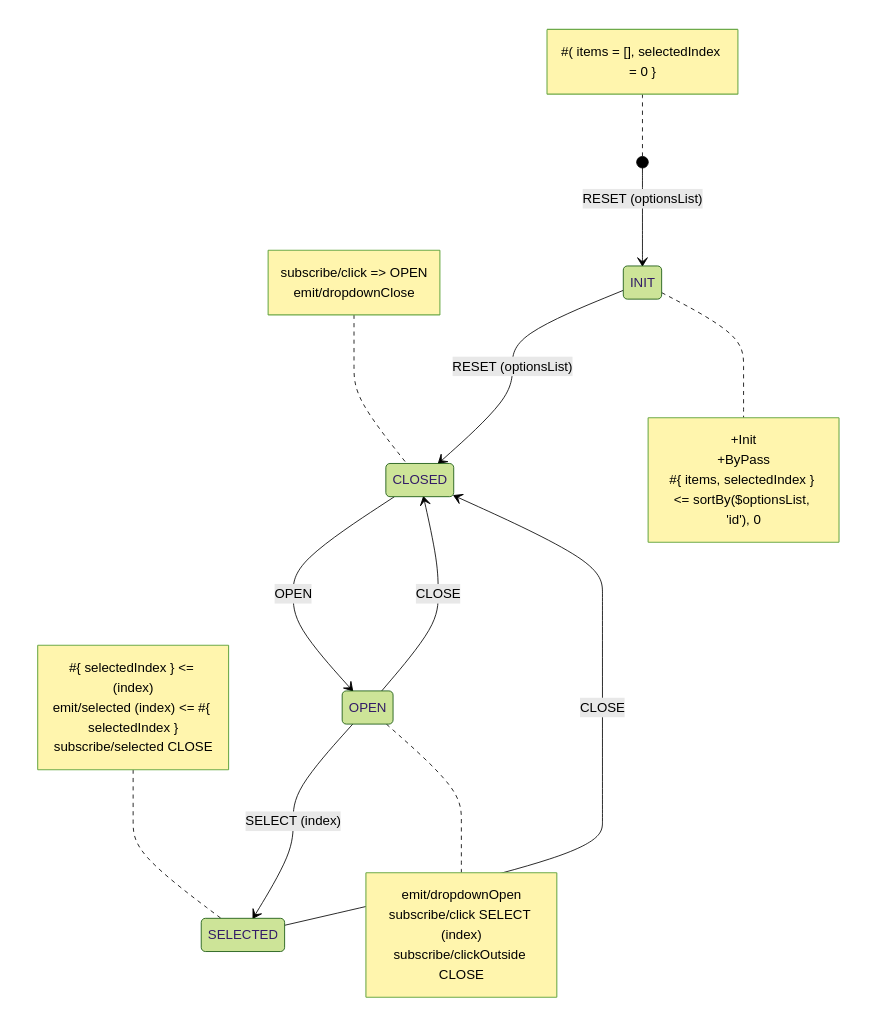
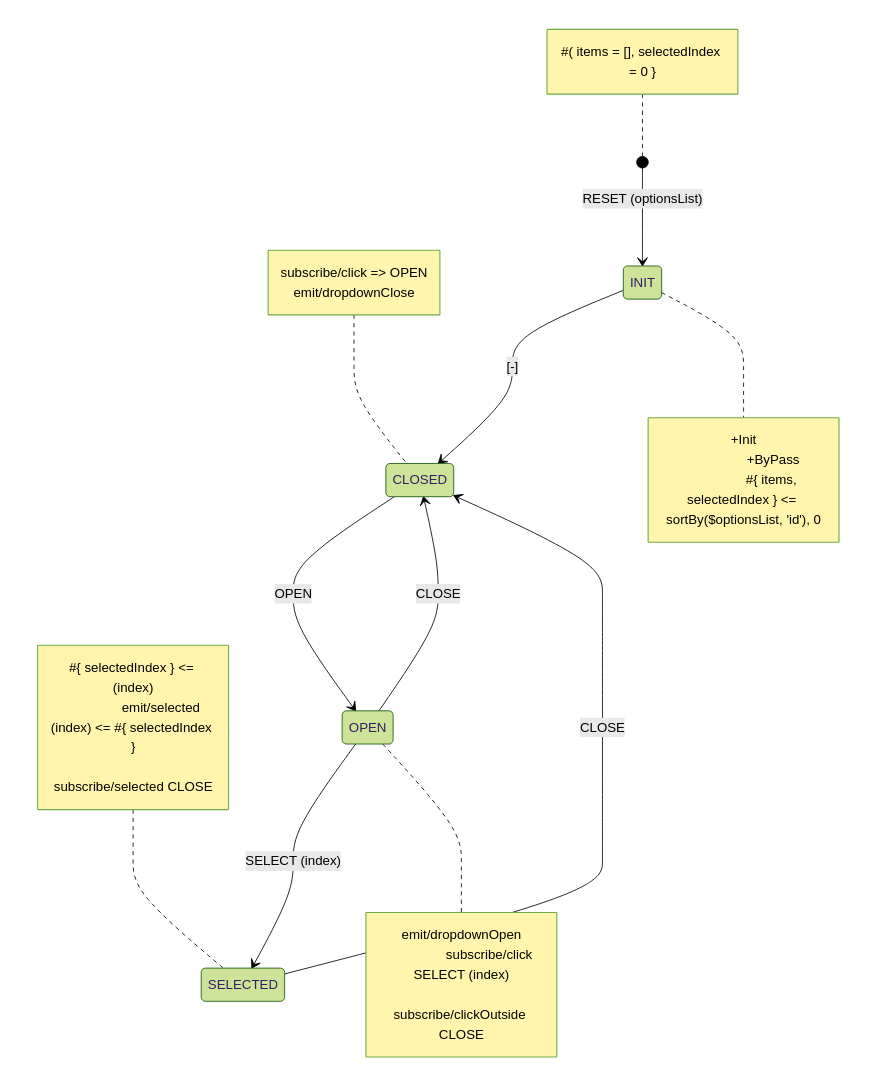
Diagram 12 of 12 in docs/index.md (tfcp68/yantrix), drawn with Mermaid (forest theme) before and after one commit. The commit also changed other lines of this file and 2 other files, not shown here.

````diff
--- a/docs/index.md
+++ b/docs/index.md
@@ -359,31 +377,31 @@
 ```mermaid
 stateDiagram-v2
 	[*] --> INIT: RESET (optionsList)
+	INIT --> CLOSED: [-]
+	CLOSED --> OPEN: OPEN
+	OPEN --> CLOSED: CLOSE
+	OPEN --> SELECTED: SELECT (index)
+	SELECTED --> CLOSED: CLOSE
+	note right of INIT
+		+Init
+		+ByPass
+		#{ items, selectedIndex } <= sortBy($optionsList, 'id'), 0
+	end note
+	note left of CLOSED
+		subscribe/click => OPEN
+		emit/dropdownClose
+	end note
+	note left of SELECTED
+		#{ selectedIndex } <= (index)
+		emit/selected (index) <= #{ selectedIndex }
+		subscribe/selected CLOSE
+	end note
+	note right of OPEN
+		emit/dropdownOpen
+		subscribe/click SELECT (index)
+		subscribe/clickOutside CLOSE
+	end note
 note left of [*]
 #( items = [], selectedIndex = 0 }
 end note
-INIT --> CLOSED: RESET (optionsList)
-CLOSED --> OPEN: OPEN
-OPEN --> CLOSED: CLOSE
-OPEN --> SELECTED: SELECT (index)
-SELECTED --> CLOSED: CLOSE
-note right of INIT
-+Init
-+ByPass
-#{ items, selectedIndex } <= sortBy($optionsList, 'id'), 0
-end note
-note left of CLOSED
-subscribe/click => OPEN
-emit/dropdownClose
-end note
-note left of SELECTED
-#{ selectedIndex } <= (index)
-emit/selected (index) <= #{ selectedIndex }
-subscribe/selected CLOSE
-end note
-note right of OPEN
-emit/dropdownOpen
-subscribe/click SELECT (index)
-subscribe/clickOutside CLOSE
-end note
 ```
````
